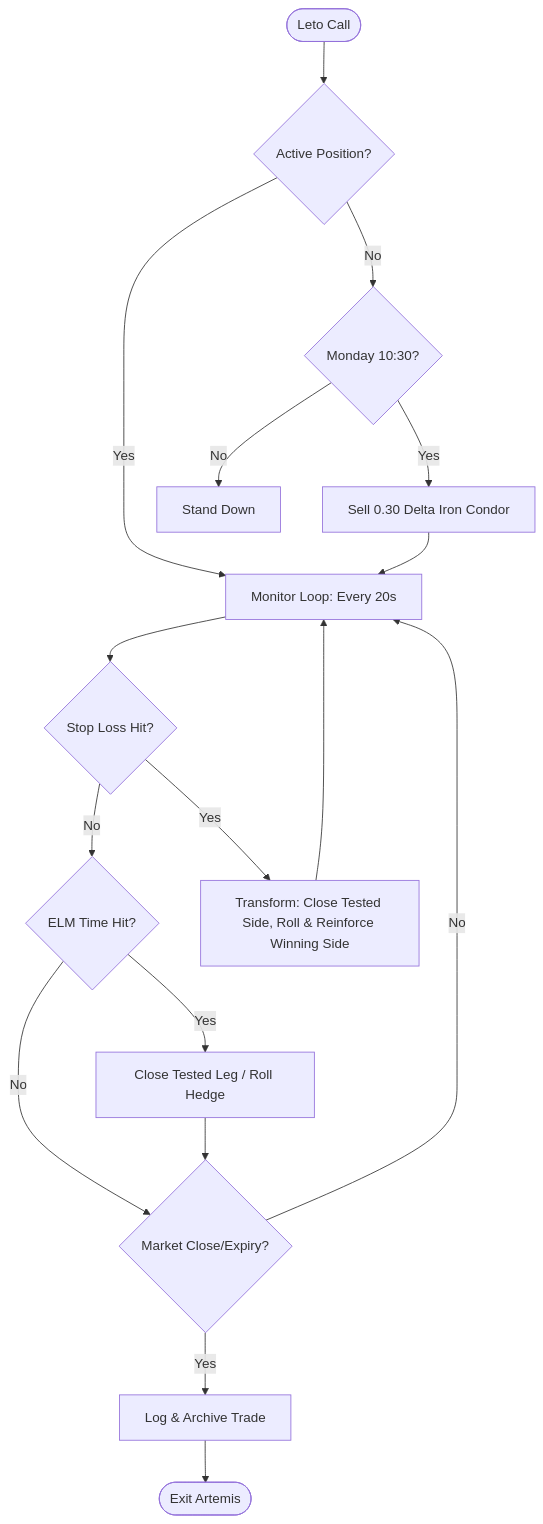
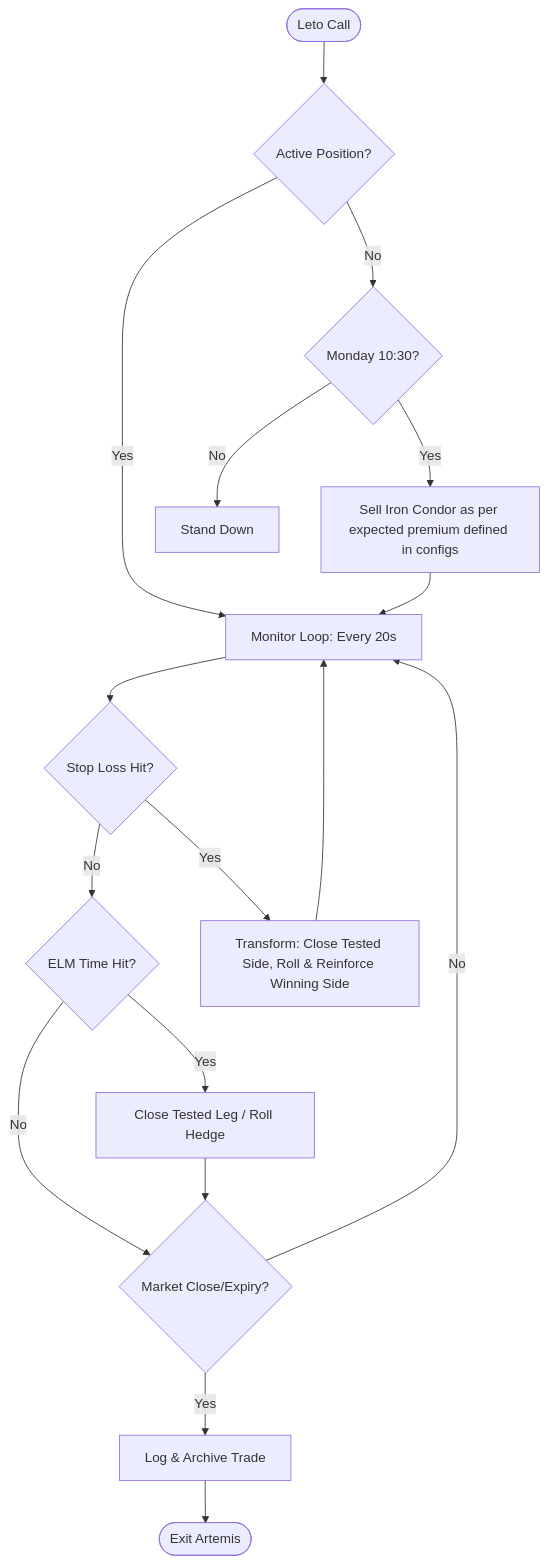
Before and after one commit to parijnan/algo-trading-lab: the diagram in artemis_production/README.md, drawn with Mermaid.

Commit message:
Docs: Updated Artemis flowchart to reflect expected premium logic instead of fixed delta.

````diff
--- a/artemis_production/README.md
+++ b/artemis_production/README.md
@@ -39,23 +39,23 @@
 ```mermaid
 graph TD
     Start([Leto Call]) --> EntryCheck{Active Position?}
     EntryCheck -- No --> Monday{Monday 10:30?}
-    Monday -- Yes --> SetupIC[Sell 0.30 Delta Iron Condor]
+    Monday -- Yes --> SetupIC[Sell Iron Condor as per expected premium defined in configs]
     Monday -- No --> StandDown[Stand Down]
     
     EntryCheck -- Yes --> Monitor[Monitor Loop: Every 20s]
     SetupIC --> Monitor
     
     Monitor --> SLHit{Stop Loss Hit?}
     SLHit -- No --> ELMCheck{ELM Time Hit?}
     ELMCheck -- Yes --> ELMAdj[Close Tested Leg / Roll Hedge]
     ELMCheck -- No --> Expiry{Market Close/Expiry?}
     
     SLHit -- Yes --> Transform[Transform: Close Tested Side, Roll & Reinforce Winning Side]
     Transform --> Monitor
     
     ELMAdj --> Expiry
     Expiry -- No --> Monitor
     Expiry -- Yes --> Archive[Log & Archive Trade]
     Archive --> End([Exit Artemis])
 ```
````
